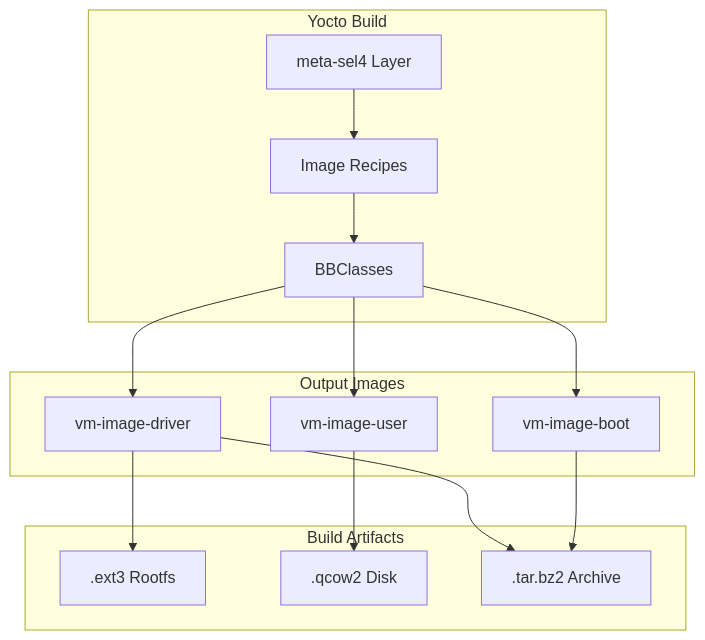
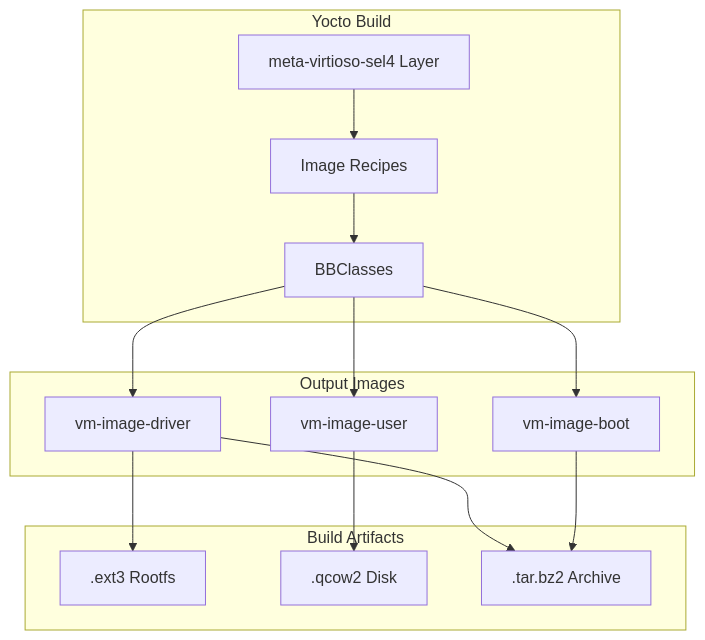
One commit to virtioso/virtioso-camkes-vm changed the diagram in docs/build-system/yocto-integration.md. Above: the diagram before and after it, drawn with Mermaid. The commit also changed other lines of this file and 10 other files, not shown here.

````diff
--- a/docs/build-system/yocto-integration.md
+++ b/docs/build-system/yocto-integration.md
@@ -9,30 +26,30 @@
 ```mermaid
 graph TB
     subgraph "Yocto Build"
-        META[meta-sel4 Layer]
+        META[meta-virtioso-sel4 Layer]
         RECIPES[Image Recipes]
         CLASSES[BBClasses]
     end
 
     subgraph "Output Images"
         DRIVER[vm-image-driver]
         USER[vm-image-user]
         BOOT[vm-image-boot]
     end
 
     subgraph "Build Artifacts"
         EXT3[.ext3 Rootfs]
         QCOW2[.qcow2 Disk]
         TAR[.tar.bz2 Archive]
     end
 
     META --> RECIPES
     RECIPES --> CLASSES
     CLASSES --> DRIVER
     CLASSES --> USER
     CLASSES --> BOOT
     DRIVER --> EXT3
     DRIVER --> TAR
     USER --> QCOW2
     BOOT --> TAR
 ```
````
